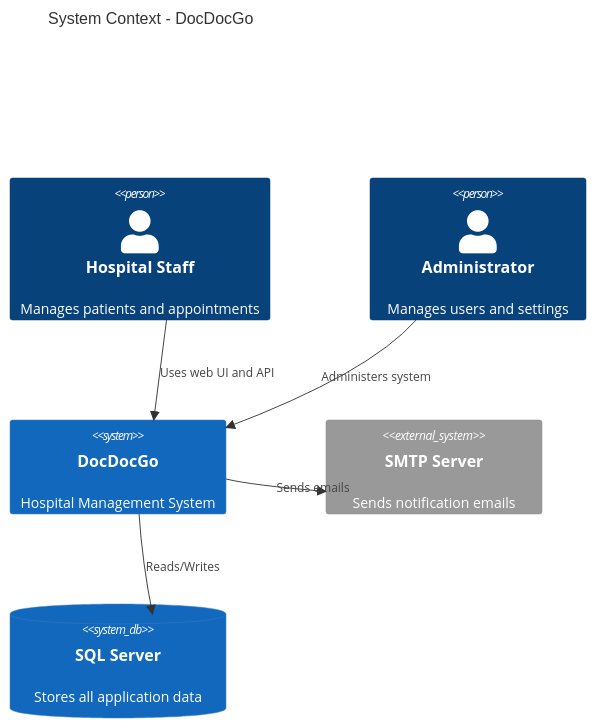
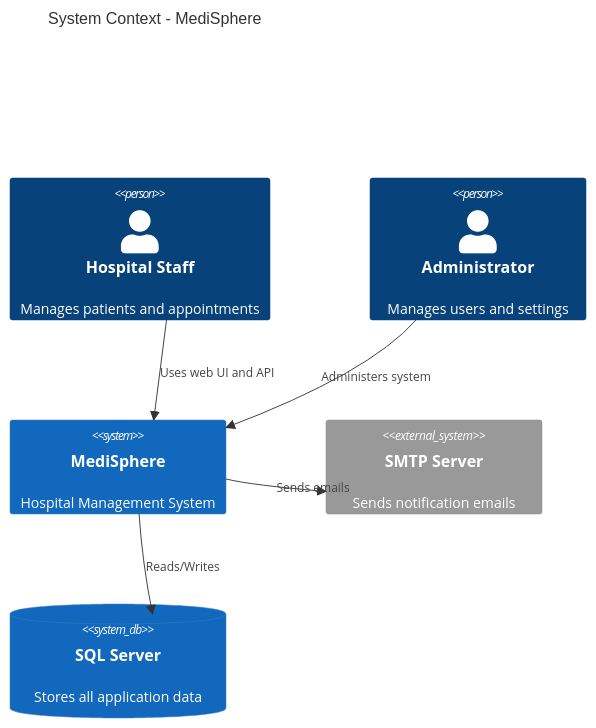
One commit to AManWhoCantCoding/Do_An_SA changed the first of 4 diagrams in docs/SA_REPORT.md. Above: the diagram before and after it, drawn with Mermaid. The commit also changed other lines of this file and 143 other files, not shown here.

````diff
--- a/docs/SA_REPORT.md
+++ b/docs/SA_REPORT.md
@@ -126,14 +126,14 @@
 ```mermaid
 C4Context
-    title System Context - DocDocGo
+    title System Context - MediSphere
     Person(staff, "Hospital Staff", "Manages patients and appointments")
     Person(admin, "Administrator", "Manages users and settings")
-    System(docdocgo, "DocDocGo", "Hospital Management System")
+    System(docdocgo, "MediSphere", "Hospital Management System")
     System_Ext(email, "SMTP Server", "Sends notification emails")
     SystemDb(db, "SQL Server", "Stores all application data")
 
     Rel(staff, docdocgo, "Uses web UI and API")
     Rel(admin, docdocgo, "Administers system")
     Rel(docdocgo, db, "Reads/Writes")
     Rel(docdocgo, email, "Sends emails")
 ```
````
